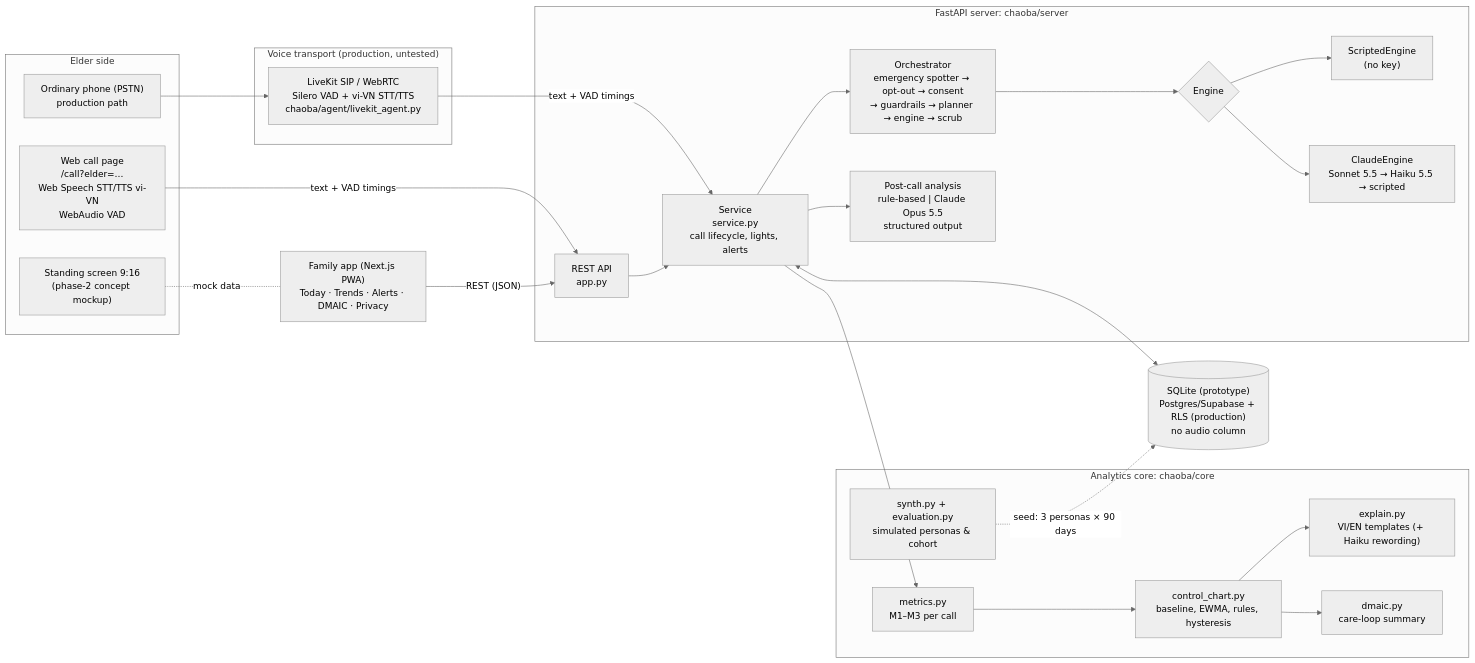
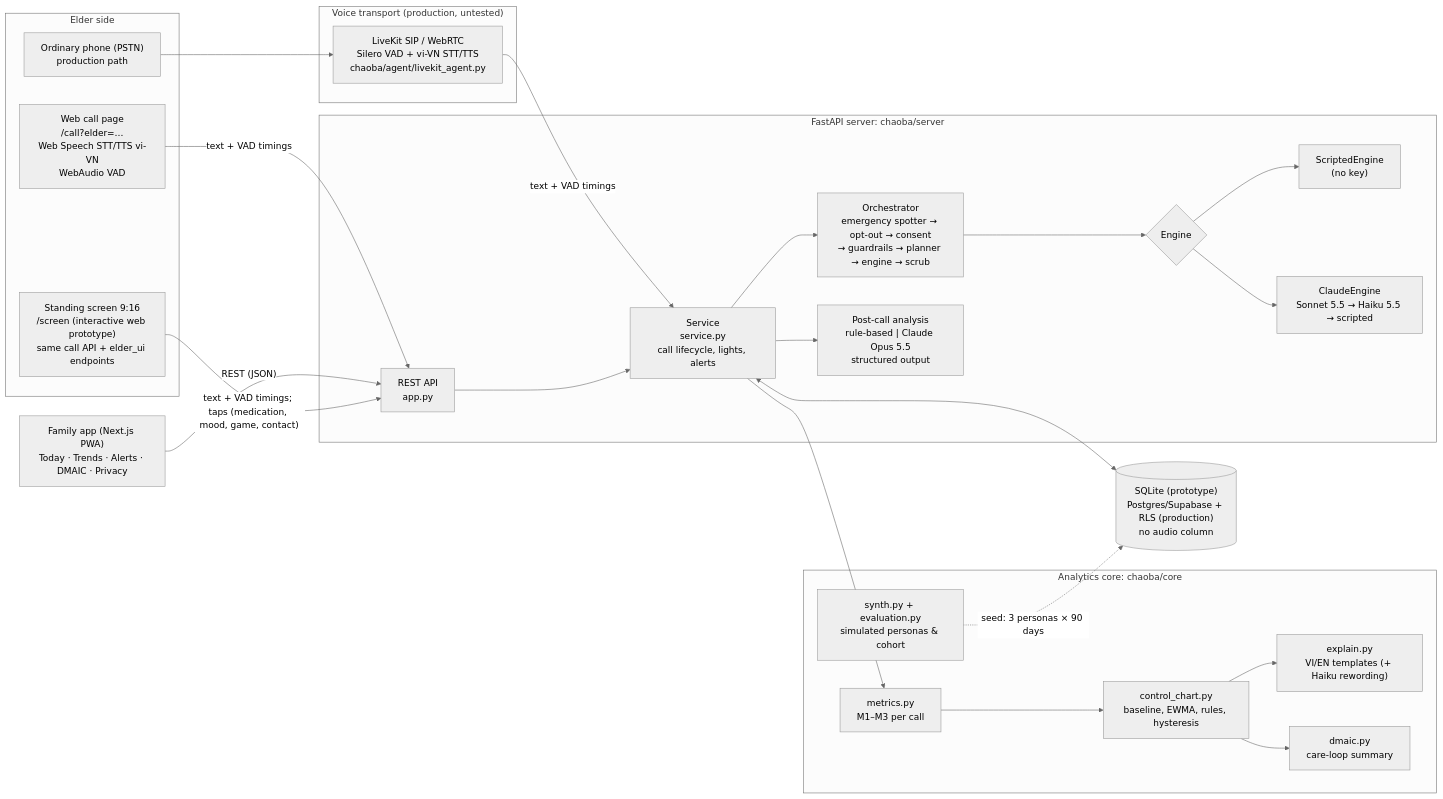
The first of 2 diagrams in docs/TECHNICAL_DOCUMENTATION.md (TinhVoLab/Chao-ba), drawn with Mermaid (neutral theme) before and after one commit. The commit also changed other lines of this file and 90 other files, not shown here.

Commit message:
Add memory book, prevention activities, family coordination, community dashboard, interactive elder screen

````diff
--- a/docs/TECHNICAL_DOCUMENTATION.md
+++ b/docs/TECHNICAL_DOCUMENTATION.md
@@ -86,47 +86,47 @@
 ```mermaid
 flowchart LR
   subgraph Elder["Elder side"]
     WEB["Web call page<br/>/call?elder=…<br/>Web Speech STT/TTS vi-VN<br/>WebAudio VAD"]
     PHONE["Ordinary phone (PSTN)<br/>production path"]
-    SCREEN["Standing screen 9:16<br/>(phase-2 concept mockup)"]
+    SCREEN["Standing screen 9:16<br/>/screen (interactive web prototype)<br/>same call API + elder_ui endpoints"]
   end
 
   subgraph Voice["Voice transport (production, untested)"]
     LK["LiveKit SIP / WebRTC<br/>Silero VAD + vi-VN STT/TTS<br/>chaoba/agent/livekit_agent.py"]
   end
 
   subgraph API["FastAPI server: chaoba/server"]
     REST["REST API<br/>app.py"]
     SVC["Service<br/>service.py<br/>call lifecycle, lights, alerts"]
     ORCH["Orchestrator<br/>emergency spotter → opt-out → consent<br/>→ guardrails → planner → engine → scrub"]
     ENG{"Engine"}
     SCR["ScriptedEngine<br/>(no key)"]
     CL["ClaudeEngine<br/>Sonnet 5.5 → Haiku 5.5 → scripted"]
     ANA["Post-call analysis<br/>rule-based | Claude Opus 5.5<br/>structured output"]
   end
 
   subgraph Core["Analytics core: chaoba/core"]
     MET["metrics.py<br/>M1–M3 per call"]
     CC["control_chart.py<br/>baseline, EWMA, rules, hysteresis"]
     EXP["explain.py<br/>VI/EN templates (+ Haiku rewording)"]
     DM["dmaic.py<br/>care-loop summary"]
     SYN["synth.py + evaluation.py<br/>simulated personas & cohort"]
   end
 
   DB[("SQLite (prototype)<br/>Postgres/Supabase + RLS (production)<br/>no audio column")]
   FAM["Family app (Next.js PWA)<br/>Today · Trends · Alerts · DMAIC · Privacy"]
 
   WEB -->|"text + VAD timings"| REST
   PHONE --> LK
   LK -->|"text + VAD timings"| SVC
   REST --> SVC --> ORCH --> ENG
   ENG --> SCR
   ENG --> CL
   SVC --> ANA
   SVC --> MET --> CC --> EXP
   CC --> DM
   SVC <--> DB
   SYN -.->|"seed: 3 personas × 90 days"| DB
   FAM -->|"REST (JSON)"| REST
-  SCREEN -.-|"mock data"| FAM
+  SCREEN -->|"text + VAD timings; taps (medication, mood, game, contact)"| REST
 ```
````
